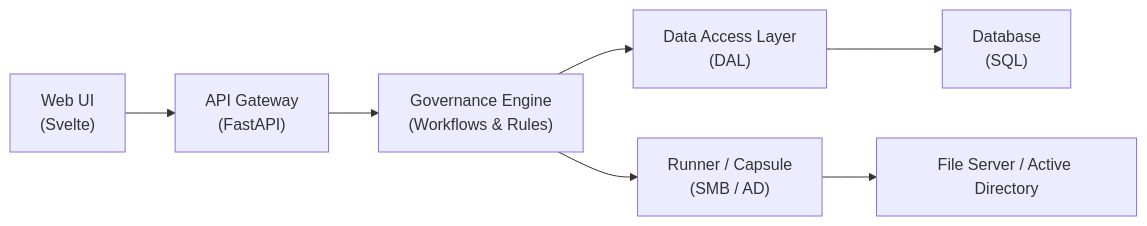
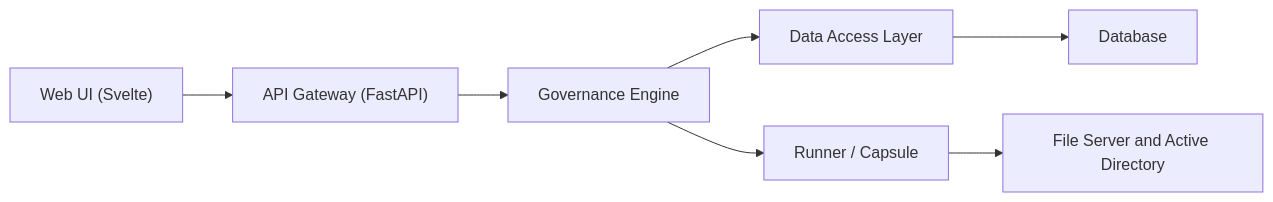
Before and after one commit to RaphPrch/borntoshare: the diagram in README.md, drawn with Mermaid.

````diff
--- a/README.md
+++ b/README.md
@@ -51,19 +51,19 @@
 ```mermaid
 flowchart LR
-    UI["Web UI<br/>(Svelte)"]
-    GW["API Gateway<br/>(FastAPI)"]
-    GOV["Governance Engine<br/>(Workflows & Rules)"]
-    DAL["Data Access Layer<br/>(DAL)"]
-    DB["Database<br/>(SQL)"]
-    RUN["Runner / Capsule<br/>(SMB / AD)"]
-    INFRA["File Server / Active Directory"]
+    UI["Web UI (Svelte)"]
+    GW["API Gateway (FastAPI)"]
+    GOV["Governance Engine"]
+    DAL["Data Access Layer"]
+    DB["Database"]
+    RUN["Runner / Capsule"]
+    INFRA["File Server and Active Directory"]
 
     UI --> GW
     GW --> GOV
     GOV --> DAL
     DAL --> DB
 
     GOV --> RUN
     RUN --> INFRA
 
 ```
````
